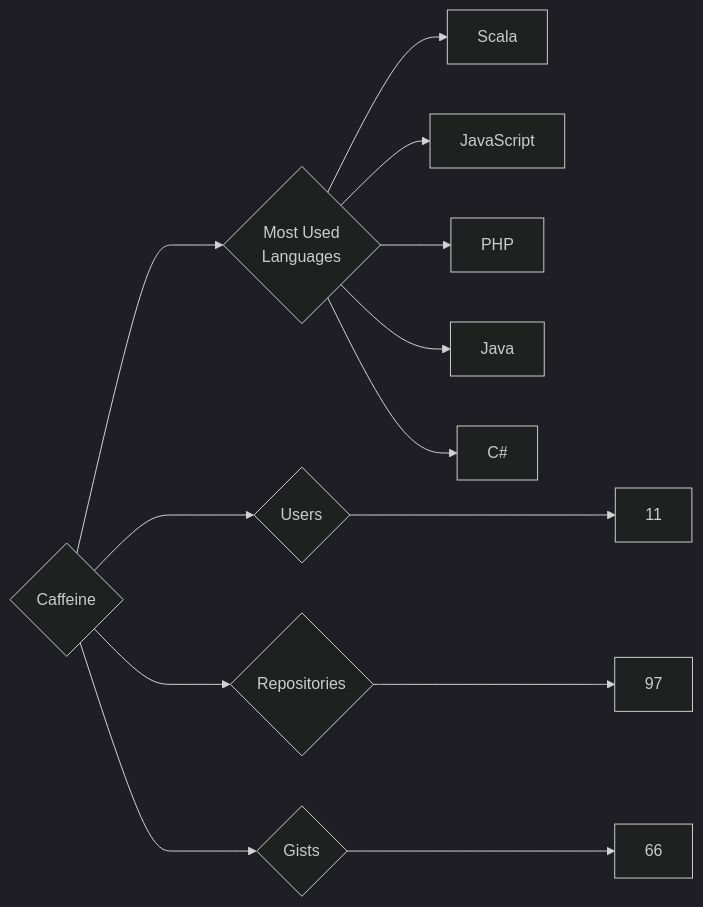
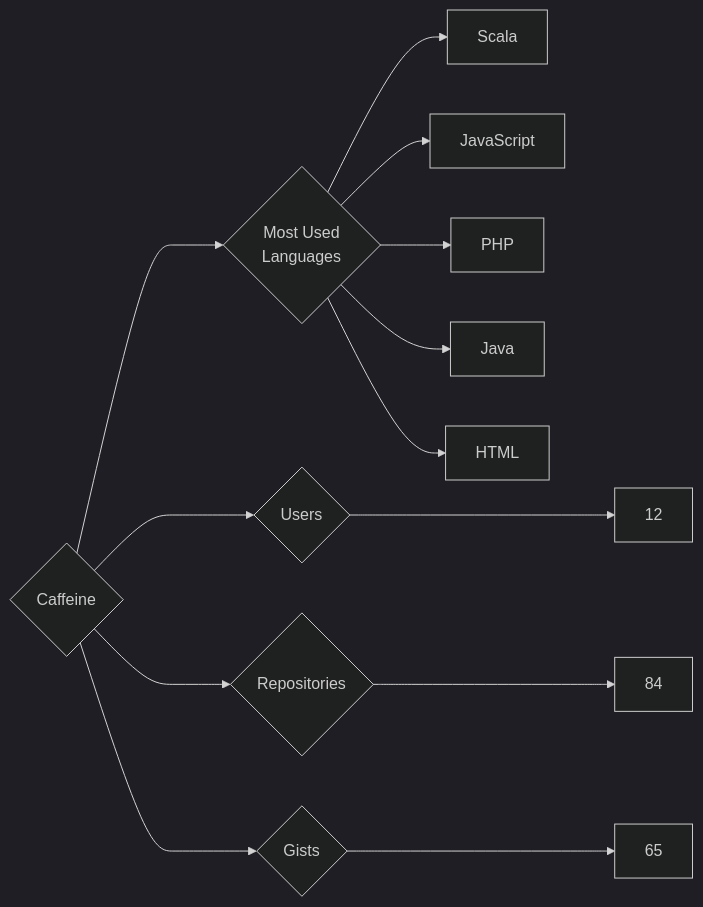
The diagram in targets/Caffeine/README.md (trickest/insiders), drawn with Mermaid (dark theme) before and after one commit. The commit also changed 545 other files, not shown here.

````diff
--- a/targets/Caffeine/README.md
+++ b/targets/Caffeine/README.md
@@ -3,13 +3,13 @@
 ```mermaid
 graph LR
 COMPANY_NAME{Caffeine}
-COMPANY_NAME ---> U{Users} ---> UN[11]
-COMPANY_NAME ---> R{Repositories} ---> RN[97]
-COMPANY_NAME ---> G{Gists} ---> GN[66]
+COMPANY_NAME ---> U{Users} ---> UN[12]
+COMPANY_NAME ---> R{Repositories} ---> RN[84]
+COMPANY_NAME ---> G{Gists} ---> GN[65]
 COMPANY_NAME ---> ML{Most Used<br>Languages}
 ML --> Scala[Scala]
 ML --> JavaScript[JavaScript]
 ML --> PHP[PHP]
 ML --> Java[Java]
-ML --> C#[C#]
+ML --> HTML[HTML]
 ```
````
